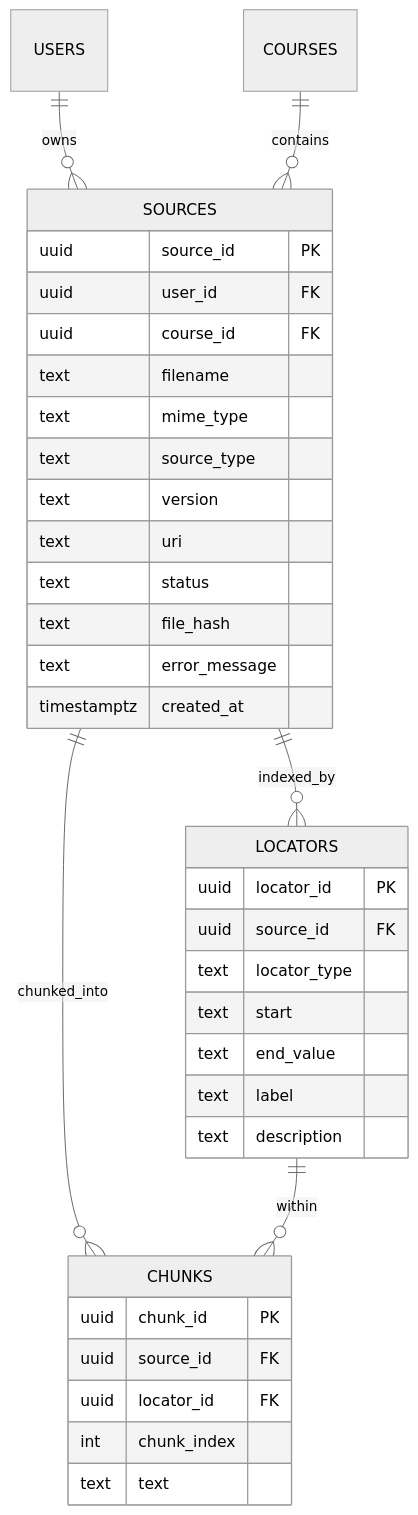
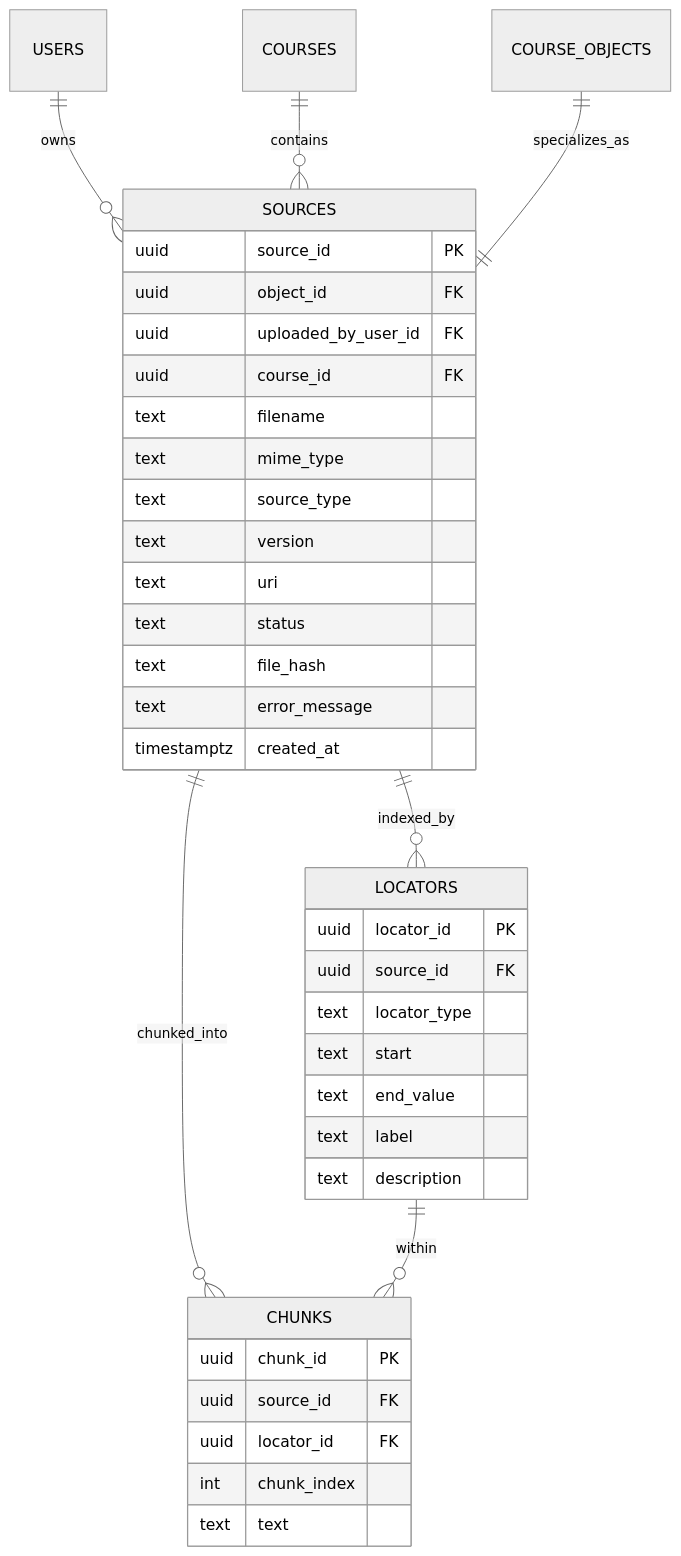
One commit to RileyK05/Stacks changed the ninth of 19 diagrams in system.md. Above: the diagram before and after it, drawn with Mermaid (neutral theme). The commit also changed other lines of this file and 53 other files, not shown here.

````diff
--- a/system.md
+++ b/system.md
@@ -268,39 +309,41 @@
 ```mermaid
 erDiagram
     USERS ||--o{ SOURCES : owns
     COURSES ||--o{ SOURCES : contains
+    COURSE_OBJECTS ||--|| SOURCES : specializes_as
     SOURCES ||--o{ LOCATORS : indexed_by
     SOURCES ||--o{ CHUNKS : chunked_into
     LOCATORS ||--o{ CHUNKS : within
 
     SOURCES {
         uuid source_id PK
-        uuid user_id FK
+        uuid object_id FK
+        uuid uploaded_by_user_id FK
         uuid course_id FK
         text filename
         text mime_type
         text source_type
         text version
         text uri
         text status
         text file_hash
         text error_message
         timestamptz created_at
     }
     LOCATORS {
         uuid locator_id PK
         uuid source_id FK
         text locator_type
         text start
         text end_value
         text label
         text description
     }
     CHUNKS {
         uuid chunk_id PK
         uuid source_id FK
         uuid locator_id FK
         int chunk_index
         text text
     }
 ```
````
